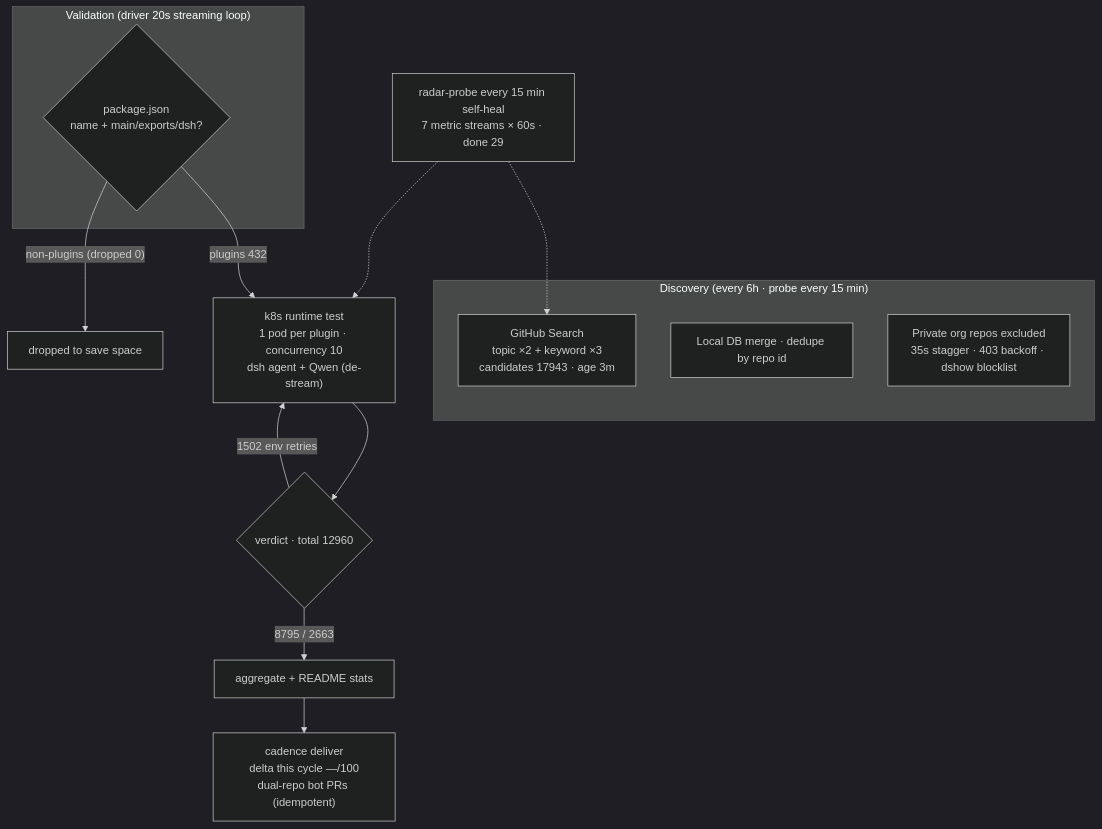
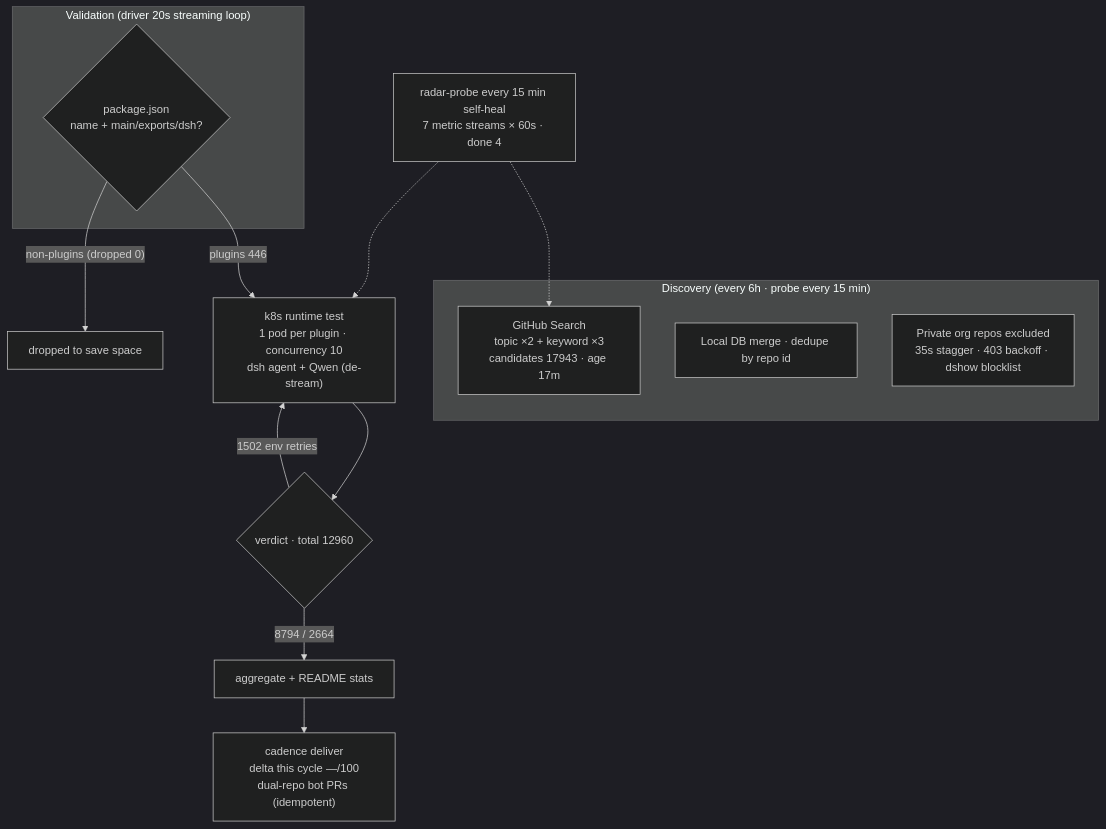
Before and after one commit to AdamPlatin123/awesome-dsh-plugins: the diagram in README.en-US.md, drawn with Mermaid (dark theme). The commit also changed other lines of this file and 5 other files, not shown here.

````diff
--- a/README.en-US.md
+++ b/README.en-US.md
@@ -45,20 +45,20 @@
 ```mermaid
 flowchart TB
     subgraph Discovery["Discovery (every 6h · probe every 15 min)"]
-        A1["GitHub Search<br/>topic ×2 + keyword ×3<br/>candidates 17943 · age 3m"]
+        A1["GitHub Search<br/>topic ×2 + keyword ×3<br/>candidates 17943 · age 17m"]
         A2["Local DB merge · dedupe by repo id"]
         A3["Private org repos excluded<br/>35s stagger · 403 backoff · dshow blocklist"]
     end
     subgraph Validation["Validation (driver 20s streaming loop)"]
         B1{"package.json<br/>name + main/exports/dsh?"}
     end
-    B1 -->|"plugins 432"| C1["k8s runtime test<br/>1 pod per plugin · concurrency 10<br/>dsh agent + Qwen (de-stream)"]
+    B1 -->|"plugins 446"| C1["k8s runtime test<br/>1 pod per plugin · concurrency 10<br/>dsh agent + Qwen (de-stream)"]
     B1 -->|"non-plugins (dropped 0)"| B3["dropped to save space"]
     C1 --> D1{"verdict · total 12960"}
-    D1 -->|"8795 / 2663"| E1["aggregate + README stats"]
+    D1 -->|"8794 / 2664"| E1["aggregate + README stats"]
     D1 -->|"1502 env retries"| C1
     E1 --> E2["cadence deliver<br/>delta this cycle —/100<br/>dual-repo bot PRs (idempotent)"]
-    M["radar-probe every 15 min self-heal<br/>7 metric streams × 60s · done 29"]
+    M["radar-probe every 15 min self-heal<br/>7 metric streams × 60s · done 4"]
     M -.-> A1
     M -.-> C1
 ```
````
